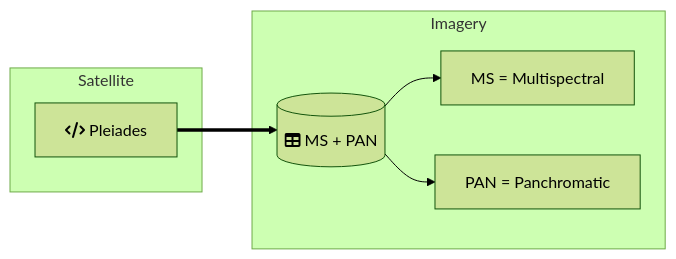
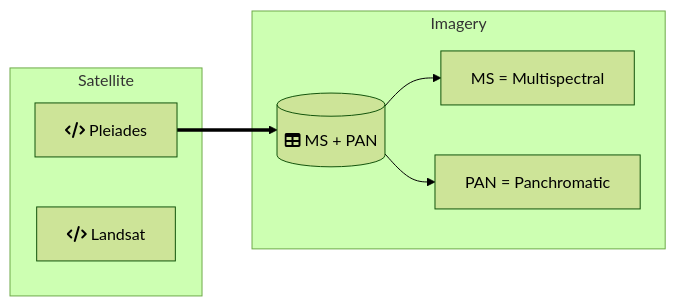
One commit to DippoldEJ/Satellite-Datasets changed the third of 3 diagrams in README.md. Above: the diagram before and after it, drawn with Mermaid (forest theme).

````diff
--- a/README.md
+++ b/README.md
@@ -32,18 +32,19 @@
 ```mermaid
 flowchart LR;
 
 subgraph Satellite
     s[fa:fa-code Pleiades]
+    a[fa:fa-code Landsat]
     end
 
  subgraph Imagery
         db[(fa:fa-table MS + PAN)]
         m[MS = Multispectral]
         p[PAN = Panchromatic]
     end
 
     s==>db
     db-->m
     db-->p
 
 ```
````
